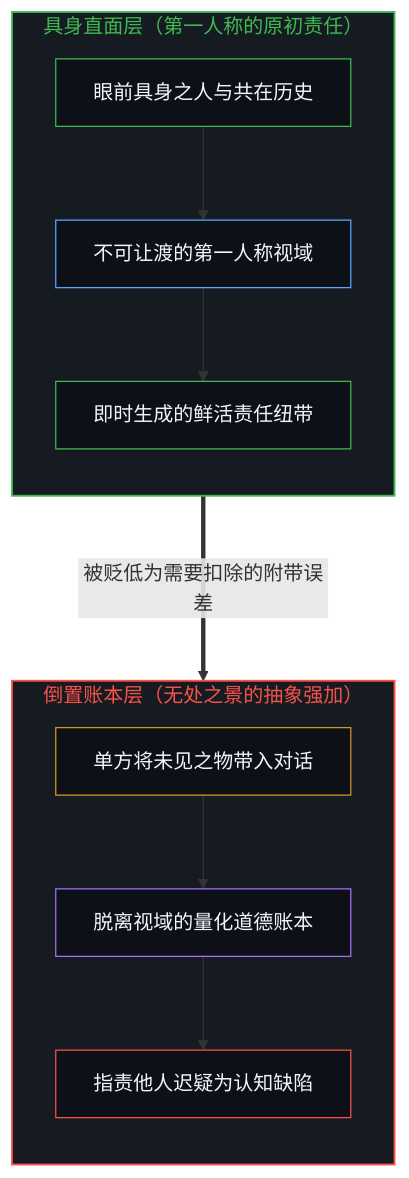
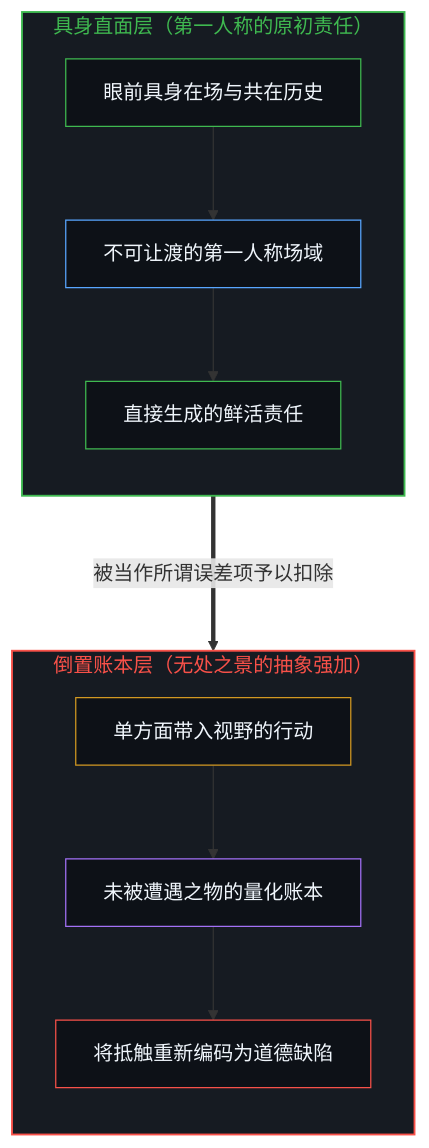
Before and after one commit to powerpig99/not-a-toe: the first of 4 diagrams in content/posts/the-ledger-of-the-unencountered.md, drawn with Mermaid. The commit also changed other lines of this file and 3 other files, not shown here.

````diff
--- a/content/posts/the-ledger-of-the-unencountered.md
+++ b/content/posts/the-ledger-of-the-unencountered.md
@@ -23,26 +23,26 @@
 ```mermaid
 flowchart TD
     subgraph S_Lived ["具身直面层（第一人称的原初责任）"]
         direction TB
         style S_Lived fill:#161b22,stroke:#3fb950,stroke-width:1.5px,color:#3fb950
-        FaceToFace["眼前具身之人与共在历史"]
-        Field["不可让渡的第一人称视域"]
-        LivedObligation["即时生成的鲜活责任纽带"]
+        FaceToFace["眼前具身在场与共在历史"]
+        Field["不可让渡的第一人称场域"]
+        LivedObligation["直接生成的鲜活责任"]
         style FaceToFace fill:#0d1117,stroke:#3fb950,stroke-width:1px,color:#f0f6fc
         style Field fill:#0d1117,stroke:#58a6ff,stroke-width:1px,color:#f0f6fc
         style LivedObligation fill:#0d1117,stroke:#3fb950,stroke-width:1px,color:#f0f6fc
     end
     subgraph S_Inversion ["倒置账本层（无处之景的抽象强加）"]
         direction TB
         style S_Inversion fill:#161b22,stroke:#f85149,stroke-width:1.5px,color:#f85149
-        Carrying["单方将未见之物带入对话"]
-        AbstractLedger["脱离视域的量化道德账本"]
-        InvertedMandate["指责他人迟疑为认知缺陷"]
+        Carrying["单方面带入视野的行动"]
+        AbstractLedger["未被遭遇之物的量化账本"]
+        InvertedMandate["将抵触重新编码为道德缺陷"]
         style Carrying fill:#0d1117,stroke:#d29922,stroke-width:1px,color:#f0f6fc
         style AbstractLedger fill:#0d1117,stroke:#a371f7,stroke-width:1px,color:#f0f6fc
         style InvertedMandate fill:#0d1117,stroke:#f85149,stroke-width:1px,color:#f0f6fc
     end
     FaceToFace --> Field --> LivedObligation
-    LivedObligation ===>|"被贬低为需要扣除的附带误差"| AbstractLedger
+    LivedObligation ===>|"被当作所谓误差项予以扣除"| AbstractLedger
     Carrying --> AbstractLedger --> InvertedMandate
 ```
````
